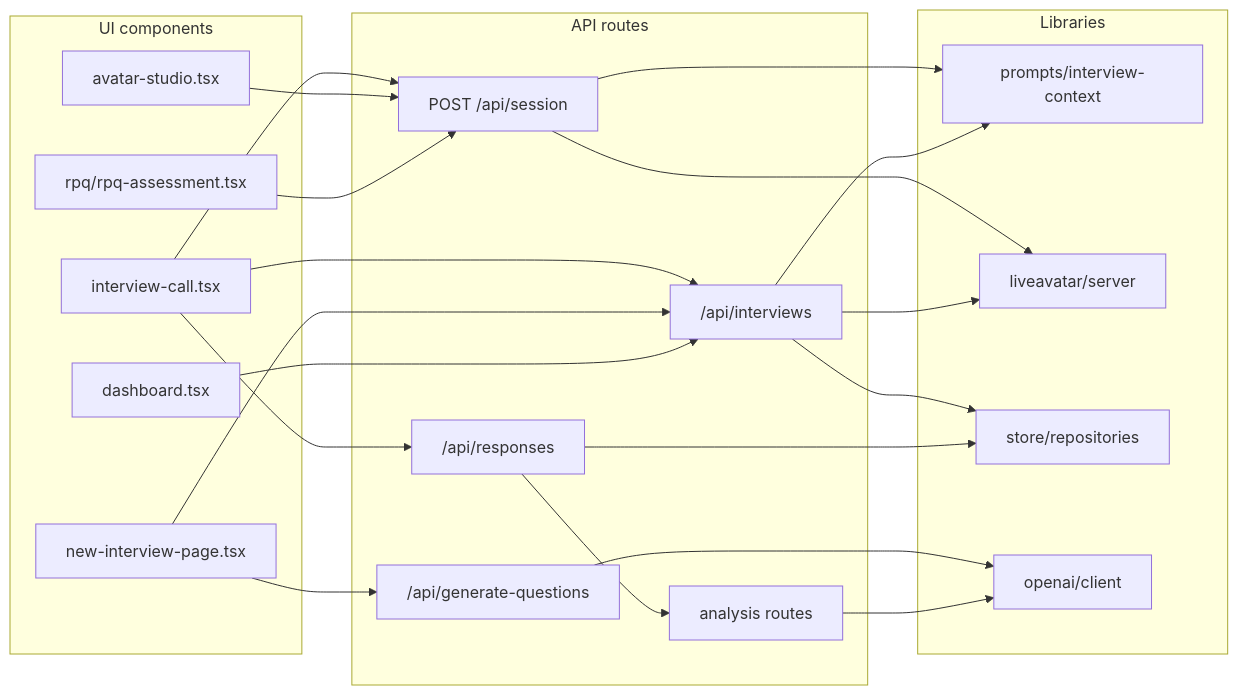
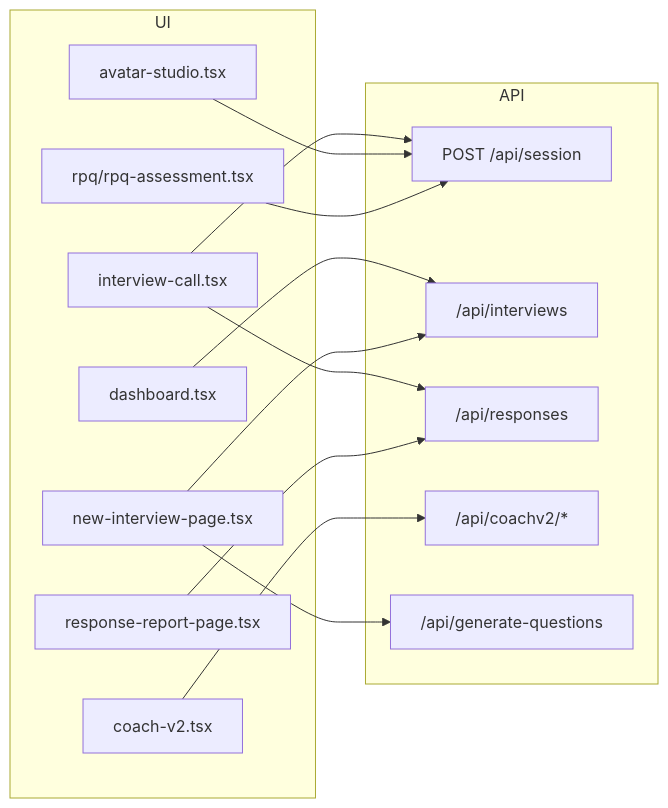
One commit to alancapco/avatardemo changed the second of 4 diagrams in README.md. Above: the diagram before and after it, drawn with Mermaid. The commit also changed other lines of this file and 16 other files, not shown here.

````diff
--- a/README.md
+++ b/README.md
@@ -160,44 +116,30 @@
 ```mermaid
 flowchart LR
-  subgraph ui [UI components]
+  subgraph ui [UI]
+    Dashboard["dashboard.tsx"]
     InterviewCall["interview-call.tsx"]
     AvatarStudio["avatar-studio.tsx"]
-    RpqAssessment["rpq/rpq-assessment.tsx"]
-    DashboardCmp["dashboard.tsx"]
-    NewInterviewPage["new-interview-page.tsx"]
+    CoachV2["coach-v2.tsx"]
+    RpqUi["rpq/rpq-assessment.tsx"]
+    NewInterview["new-interview-page.tsx"]
+    Report["response-report-page.tsx"]
   end
 
-  subgraph apis [API routes]
-    SessionApi["POST /api/session"]
-    InterviewsApi["/api/interviews"]
-    ResponsesApi["/api/responses"]
-    GenerateApi["/api/generate-questions"]
-    AnalyzeApi["analysis routes"]
+  subgraph apis [API]
+    Session["POST /api/session"]
+    Interviews["/api/interviews"]
+    Responses["/api/responses"]
+    CoachApi["/api/coachv2/*"]
+    GenQ["/api/generate-questions"]
   end
 
-  subgraph libs [Libraries]
-    InterviewCtx["prompts/interview-context"]
-    LaClient["liveavatar/server"]
-    Repo["store/repositories"]
-    OpenAI["openai/client"]
-  end
-
-  InterviewCall --> SessionApi
-  InterviewCall --> InterviewsApi
-  InterviewCall --> ResponsesApi
-  AvatarStudio --> SessionApi
-  RpqAssessment --> SessionApi
-  NewInterviewPage --> GenerateApi
-  NewInterviewPage --> InterviewsApi
-  DashboardCmp --> InterviewsApi
-
-  SessionApi --> InterviewCtx
-  SessionApi --> LaClient
-  InterviewsApi --> InterviewCtx
-  InterviewsApi --> LaClient
-  InterviewsApi --> Repo
-  ResponsesApi --> Repo
-  ResponsesApi --> AnalyzeApi
-  GenerateApi --> OpenAI
-  AnalyzeApi --> OpenAI
+  Dashboard --> Interviews
+  NewInterview --> GenQ
+  NewInterview --> Interviews
+  InterviewCall --> Session
+  InterviewCall --> Responses
+  AvatarStudio --> Session
+  RpqUi --> Session
+  CoachV2 --> CoachApi
+  Report --> Responses
 ```
````
